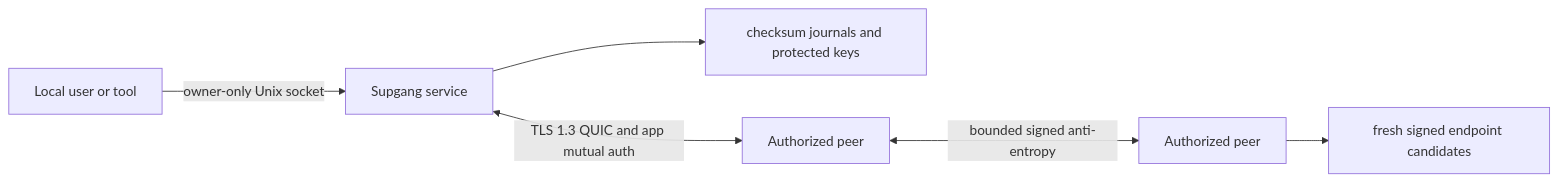
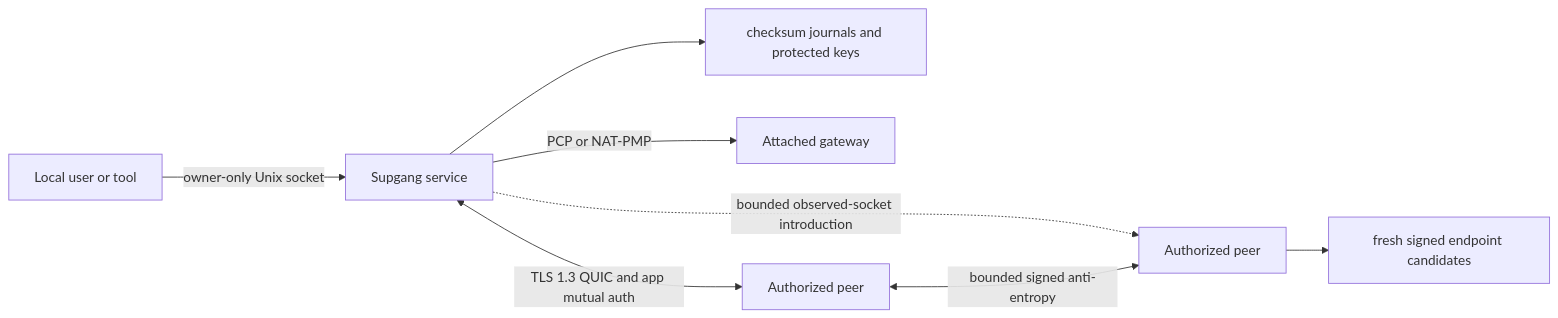
One commit to Agenxy/supgang changed the diagram in docs/architecture/0001-sovereign-address-plane.md. Above: the diagram before and after it, drawn with Mermaid. The commit also changed other lines of this file and 294 other files, not shown here.

````diff
--- a/docs/architecture/0001-sovereign-address-plane.md
+++ b/docs/architecture/0001-sovereign-address-plane.md
@@ -34,8 +43,10 @@
 ```mermaid
 flowchart LR
     U["Local user or tool"] -->|"owner-only Unix socket"| S["Supgang service"]
     S --> J["checksum journals and protected keys"]
+    S -->|"PCP or NAT-PMP"| G["Attached gateway"]
     S <-->|"TLS 1.3 QUIC and app mutual auth"| P1["Authorized peer"]
+    S -.->|"bounded observed-socket introduction"| P2["Authorized peer"]
     P1 <-->|"bounded signed anti-entropy"| P2["Authorized peer"]
     P2 --> A["fresh signed endpoint candidates"]
 ```
````
